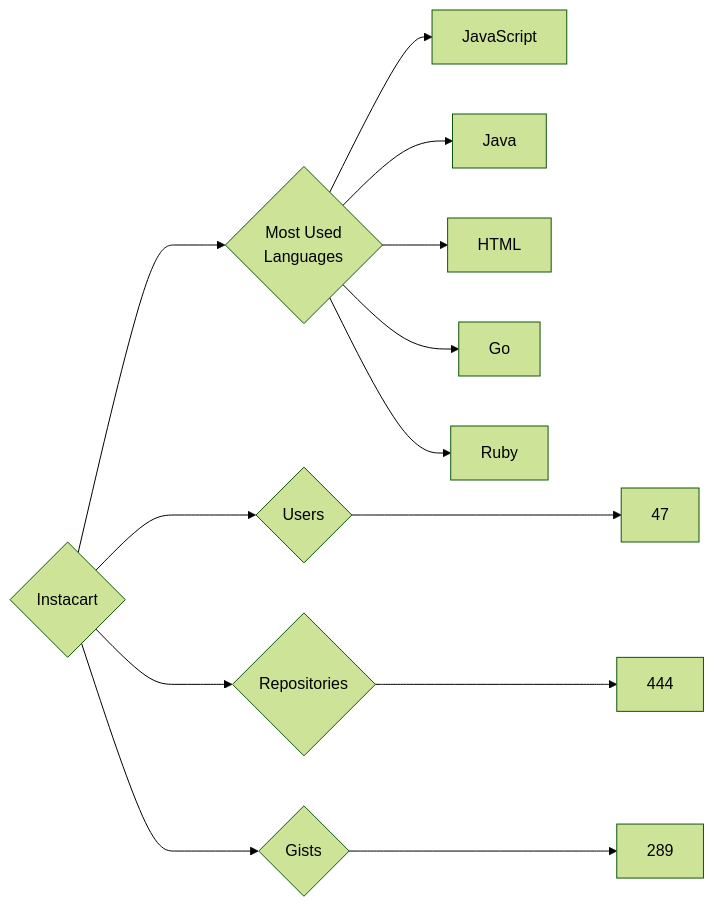
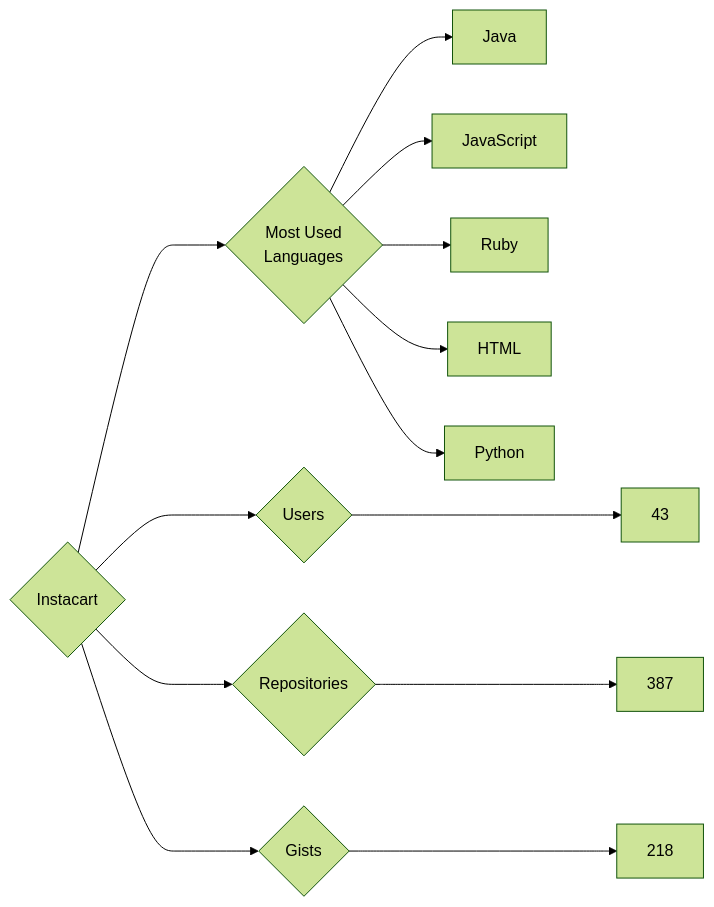
Before and after one commit to trickest/insiders: the diagram in targets/Instacart/README.md, drawn with Mermaid (forest theme). The commit also changed 872 other files, not shown here.

````diff
--- a/targets/Instacart/README.md
+++ b/targets/Instacart/README.md
@@ -3,13 +3,13 @@
 ```mermaid
 graph LR
 COMPANY_NAME{Instacart}
-COMPANY_NAME ---> U{Users} ---> UN[47]
-COMPANY_NAME ---> R{Repositories} ---> RN[444]
-COMPANY_NAME ---> G{Gists} ---> GN[289]
+COMPANY_NAME ---> U{Users} ---> UN[43]
+COMPANY_NAME ---> R{Repositories} ---> RN[387]
+COMPANY_NAME ---> G{Gists} ---> GN[218]
 COMPANY_NAME ---> ML{Most Used<br>Languages}
+ML --> Java[Java]
 ML --> JavaScript[JavaScript]
-ML --> Java[Java]
+ML --> Ruby[Ruby]
 ML --> HTML[HTML]
-ML --> Go[Go]
-ML --> Ruby[Ruby]
+ML --> Python[Python]
 ```
````
